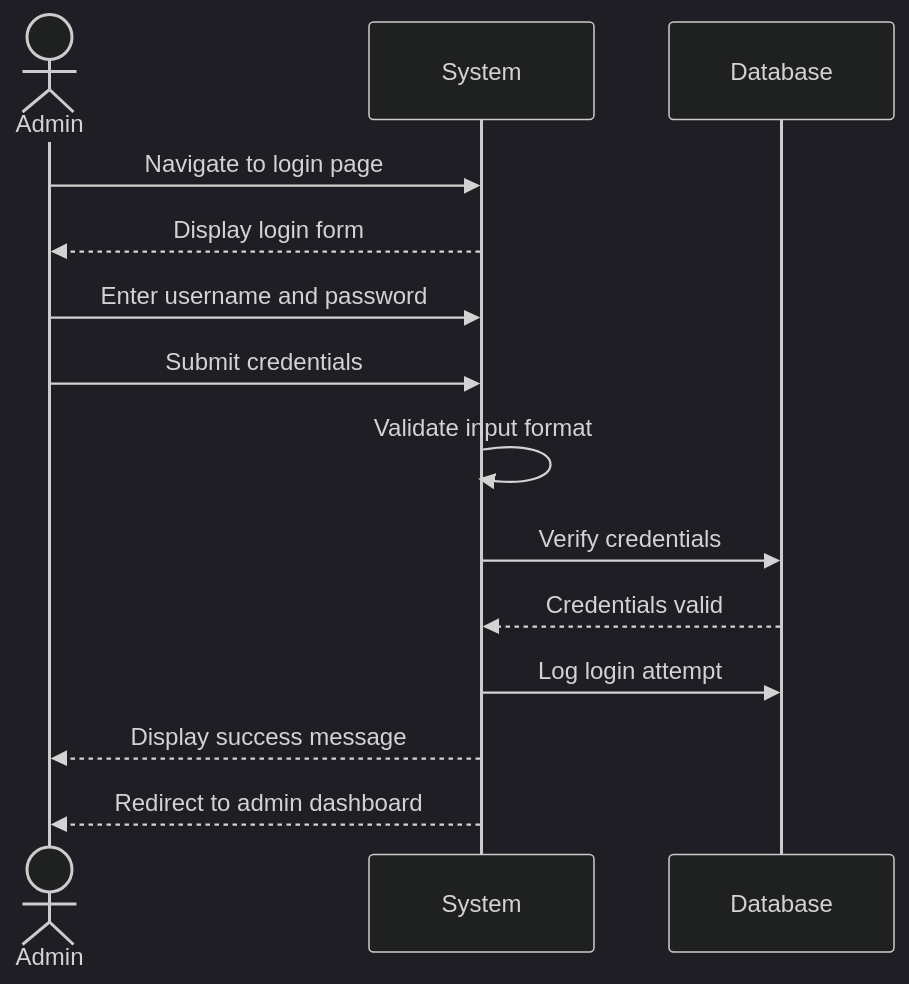
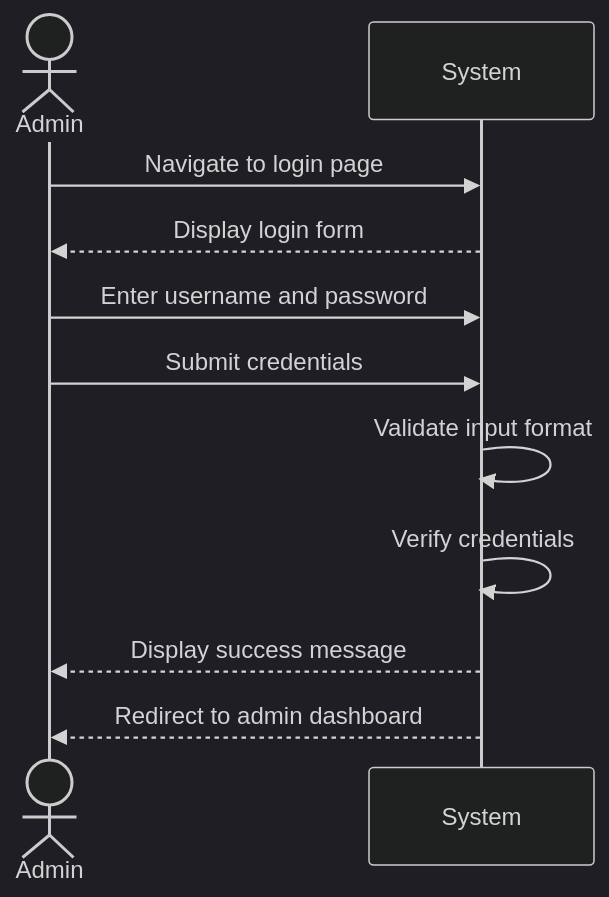
Before and after one commit to JaceYar/Software1-Proj: the diagram in Documentation/User-Cases/admin-login.md, drawn with Mermaid (dark theme). The commit also changed 11 other files, not shown here.

Commit message:
fix the diagrams

````diff
--- a/Documentation/User-Cases/admin-login.md
+++ b/Documentation/User-Cases/admin-login.md
@@ -11,17 +11,14 @@
 ```mermaid
 sequenceDiagram
     actor Admin
     participant System
-    participant Database
 
     Admin->>System: Navigate to login page
     System-->>Admin: Display login form
     Admin->>System: Enter username and password
     Admin->>System: Submit credentials
     System->>System: Validate input format
-    System->>Database: Verify credentials
-    Database-->>System: Credentials valid
-    System->>Database: Log login attempt
+    System->>System: Verify credentials
     System-->>Admin: Display success message
     System-->>Admin: Redirect to admin dashboard
 ```
````
